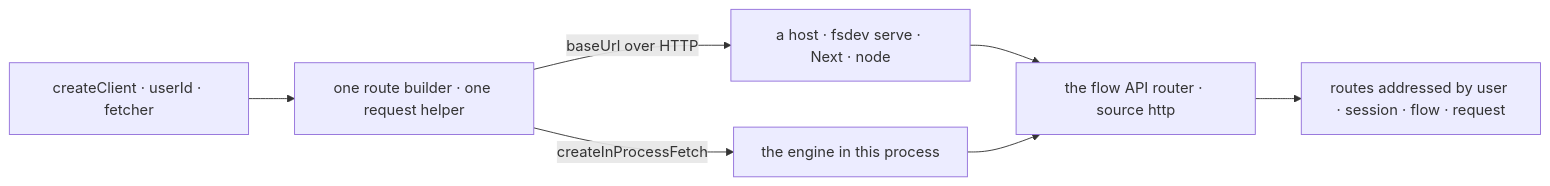
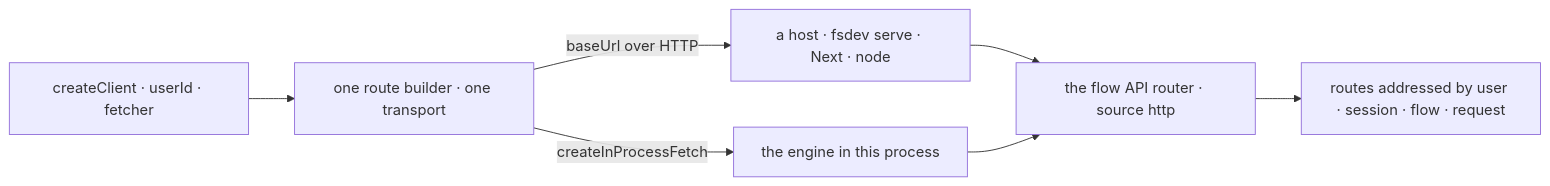
One commit to fixpoint-labs/flow-state-dev changed the second of 2 diagrams in specs/issues/FIX-2162/SPEC.md. Above: the diagram before and after it, drawn with Mermaid. The commit also changed other lines of this file and 2 other files, not shown here.

First line of the commit message:
spec(FIX-2162): one dispatch path, httpActions replaced, census as a name gate

````diff
--- a/specs/issues/FIX-2162/SPEC.md
+++ b/specs/issues/FIX-2162/SPEC.md
@@ -141,9 +133,9 @@
 ```mermaid
 flowchart LR
-  C["createClient · userId · fetcher"] --> H["one route builder · one request helper"]
+  C["createClient · userId · fetcher"] --> H["one route builder · one transport"]
   H -->|"baseUrl over HTTP"| S["a host · fsdev serve · Next · node"]
   H -->|"createInProcessFetch"| E["the engine in this process"]
   S --> R["the flow API router · source http"]
   E --> R
   R --> A["routes addressed by user · session · flow · request"]
 ```
````
